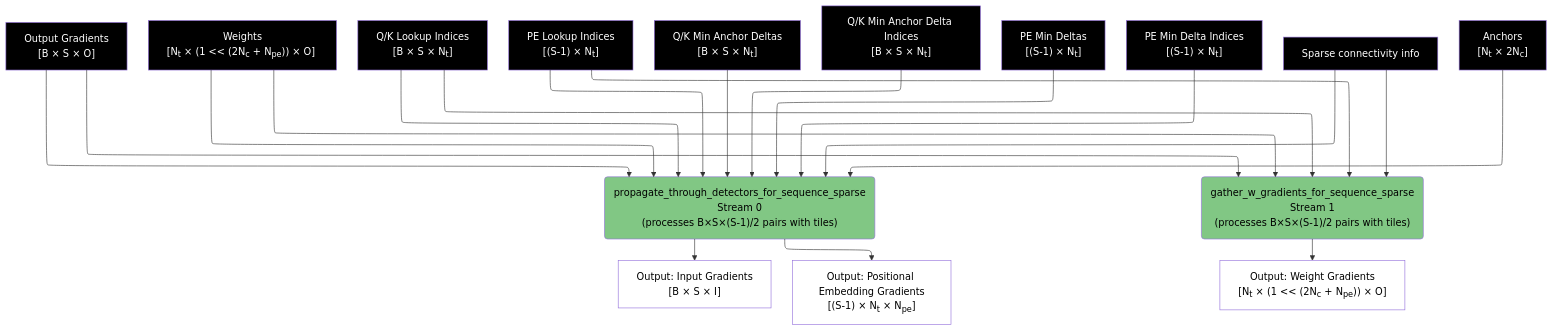
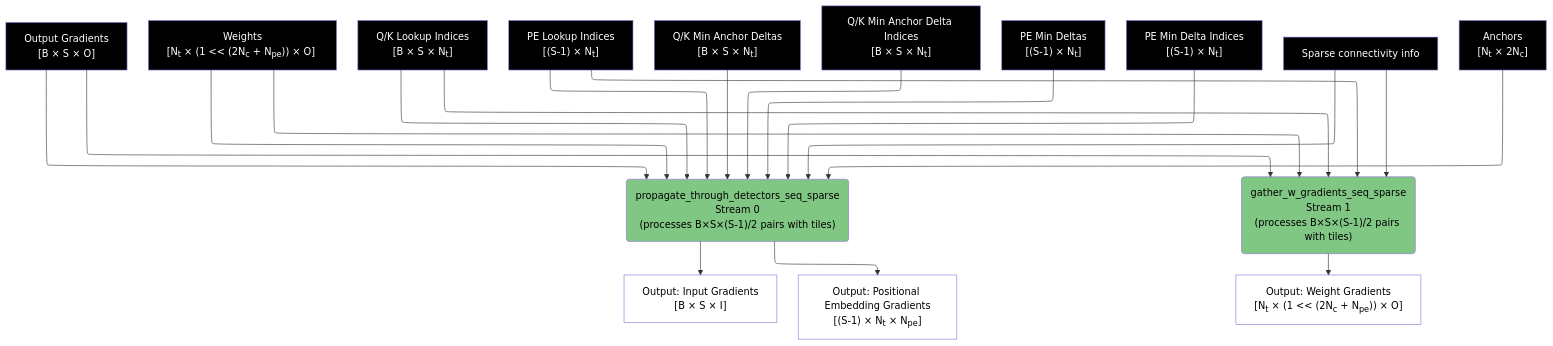
One commit to anatoli-starostin/spiky changed the eighth of 8 diagrams in spiky_cuda/lut/doc/LUT_RUNTIME_DATA_FLOW.md. Above: the diagram before and after it, drawn with Mermaid. The commit also changed other lines of this file and 5 other files, not shown here.

````diff
--- a/spiky_cuda/lut/doc/LUT_RUNTIME_DATA_FLOW.md
+++ b/spiky_cuda/lut/doc/LUT_RUNTIME_DATA_FLOW.md
@@ -299,44 +299,44 @@
 ```mermaid
 %%{init: { "flowchart": { "defaultRenderer": "elk" } }}%%
 flowchart TD
-    A["Output Gradients<br/>[B × S × O]"] --> I("propagate_through_detectors_for_sequence_sparse<br/>Stream 0<br/>(processes B×S×(S-1)/2 pairs with tiles)")
-    A --> C("gather_w_gradients_for_sequence_sparse<br/>Stream 1<br/>(processes B×S×(S-1)/2 pairs with tiles)")
+    A["Output Gradients<br/>[B × S × O]"] --> I("propagate_through_detectors_seq_sparse<br/>Stream 0<br/>(processes B×S×(S-1)/2 pairs with tiles)")
+    A --> C("gather_w_gradients_seq_sparse<br/>Stream 1<br/>(processes B×S×(S-1)/2 pairs with tiles)")
     
     W6["Weights<br/>[N<sub>t</sub>&nbsp;×&nbsp;(1&nbsp;<<&nbsp;(2N<sub>c</sub>&nbsp;+&nbsp;N<sub>pe</sub>))&nbsp;×&nbsp;O]&nbsp;"] --> I
     W6 --> C
     
     L3["Q/K Lookup Indices<br/>[B × S × N<sub>t</sub>]"] --> I
     L3 --> C
     L4["PE Lookup Indices<br/>[(S-1) × N<sub>t</sub>]"] --> I
     L4 --> C
     M5["Q/K Min Anchor Deltas<br/>[B × S × N<sub>t</sub>]"] --> I
     M6["Q/K Min Anchor Delta Indices<br/>[B&nbsp;×&nbsp;S&nbsp;×&nbsp;N<sub>t</sub>]"] --> I
     M7["PE Min Deltas<br/>[(S-1) × N<sub>t</sub>]"] --> I
     M8["PE Min Delta Indices<br/>[(S-1) × N<sub>t</sub>]"] --> I
     
     SC4["Sparse connectivity info"] --> I
     SC4 --> C
     
     D6["Anchors<br/>[N<sub>t</sub> × 2N<sub>c</sub>]"] --> I
     
     I --> J["Output: Input Gradients<br/>[B × S × I]"]
     I --> K["Output: Positional Embedding Gradients<br/>[(S-1) × N<sub>t</sub> × N<sub>pe</sub>]"]
     
     C --> H["Output: Weight Gradients<br/>[N<sub>t</sub>&nbsp;×&nbsp;(1&nbsp;<<&nbsp;(2N<sub>c</sub>&nbsp;+&nbsp;N<sub>pe</sub>))&nbsp;×&nbsp;O]"]
     
     style I fill:#81c784,color:#000000
     style C fill:#81c784,color:#000000
     style H fill:#ffffff,color:#000000
     style J fill:#ffffff,color:#000000
     style K fill:#ffffff,color:#000000
     style A fill:#000000,color:#ffffff
     style W6 fill:#000000,color:#ffffff
     style L3 fill:#000000,color:#ffffff
     style L4 fill:#000000,color:#ffffff
     style M5 fill:#000000,color:#ffffff
     style M6 fill:#000000,color:#ffffff
     style M7 fill:#000000,color:#ffffff
     style M8 fill:#000000,color:#ffffff
     style D6 fill:#000000,color:#ffffff
     style SC4 fill:#000000,color:#ffffff
 ```
````
